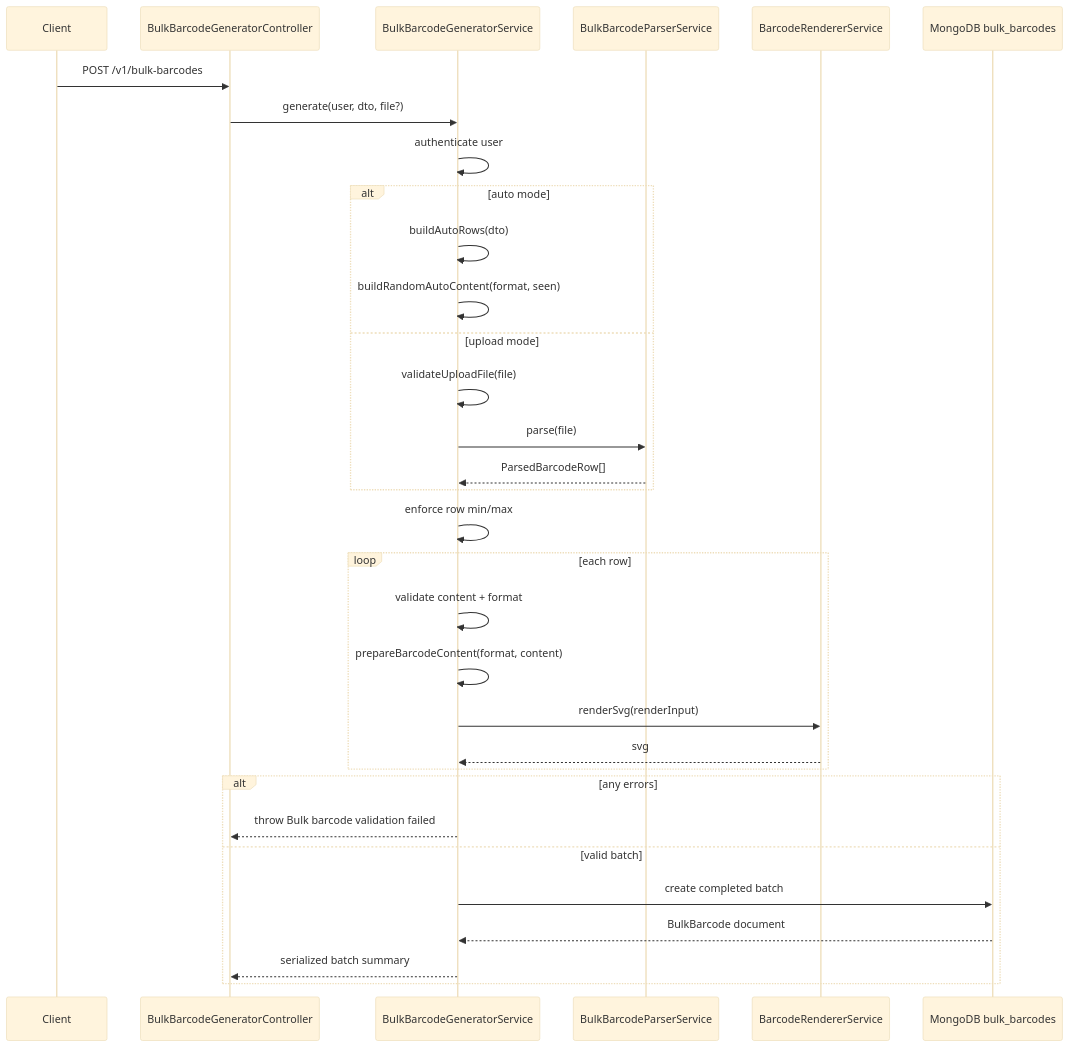
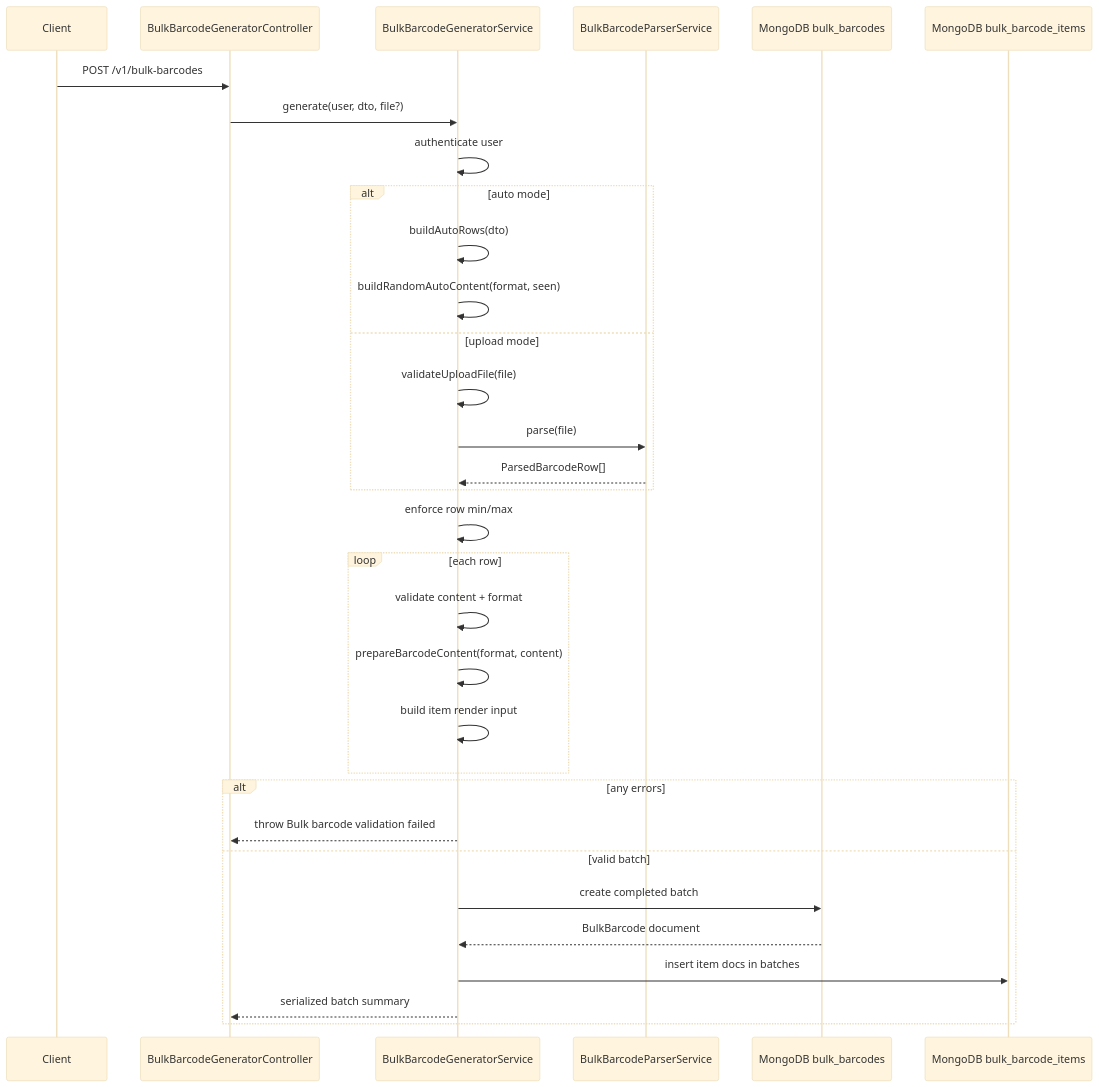
One commit to CodeBeginner000001/Link-Lab changed the first of 2 diagrams in server/src/modules/features/bulkBarcodeGenerator/bulk-barcode-generator.md. Above: the diagram before and after it, drawn with Mermaid (base theme). The commit also changed other lines of this file and 11 other files, not shown here.

````diff
--- a/server/src/modules/features/bulkBarcodeGenerator/bulk-barcode-generator.md
+++ b/server/src/modules/features/bulkBarcodeGenerator/bulk-barcode-generator.md
@@ -971,35 +1118,35 @@
 ```mermaid
 sequenceDiagram
     participant Client
     participant Ctrl as BulkBarcodeGeneratorController
     participant Service as BulkBarcodeGeneratorService
     participant Parser as BulkBarcodeParserService
-    participant Renderer as BarcodeRendererService
-    participant Mongo as MongoDB bulk_barcodes
+    participant MongoBatch as MongoDB bulk_barcodes
+    participant MongoItems as MongoDB bulk_barcode_items
 
     Client->>Ctrl: POST /v1/bulk-barcodes
     Ctrl->>Service: generate(user, dto, file?)
     Service->>Service: authenticate user
     alt auto mode
         Service->>Service: buildAutoRows(dto)
         Service->>Service: buildRandomAutoContent(format, seen)
     else upload mode
         Service->>Service: validateUploadFile(file)
         Service->>Parser: parse(file)
         Parser-->>Service: ParsedBarcodeRow[]
     end
     Service->>Service: enforce row min/max
     loop each row
         Service->>Service: validate content + format
         Service->>Service: prepareBarcodeContent(format, content)
-        Service->>Renderer: renderSvg(renderInput)
-        Renderer-->>Service: svg
+        Service->>Service: build item render input
     end
     alt any errors
         Service-->>Ctrl: throw Bulk barcode validation failed
     else valid batch
-        Service->>Mongo: create completed batch
-        Mongo-->>Service: BulkBarcode document
+        Service->>MongoBatch: create completed batch
+        MongoBatch-->>Service: BulkBarcode document
+        Service->>MongoItems: insert item docs in batches
         Service-->>Ctrl: serialized batch summary
     end
 ```
````
